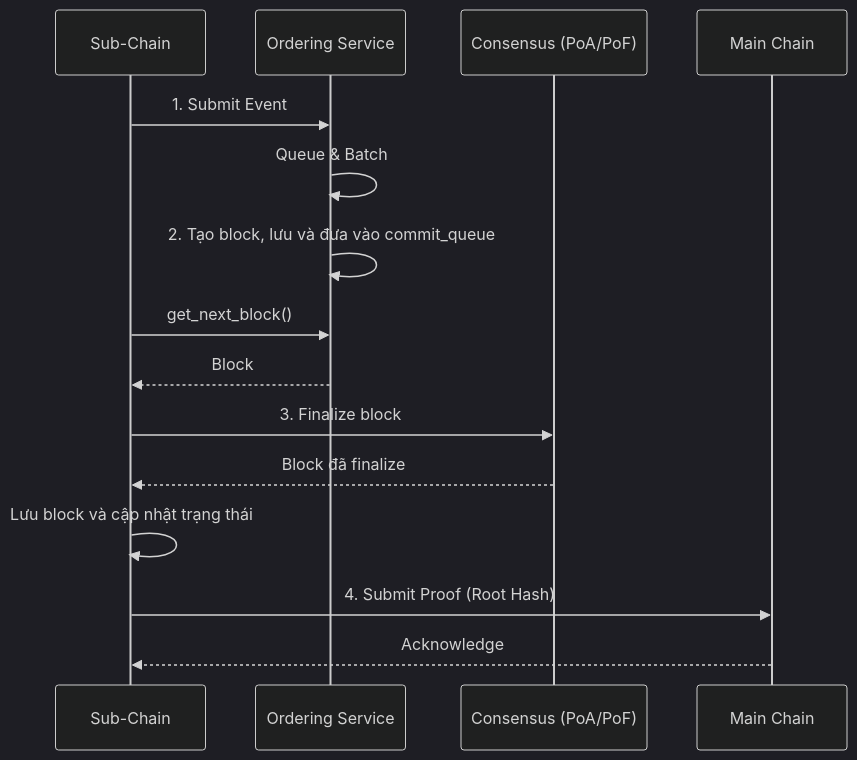
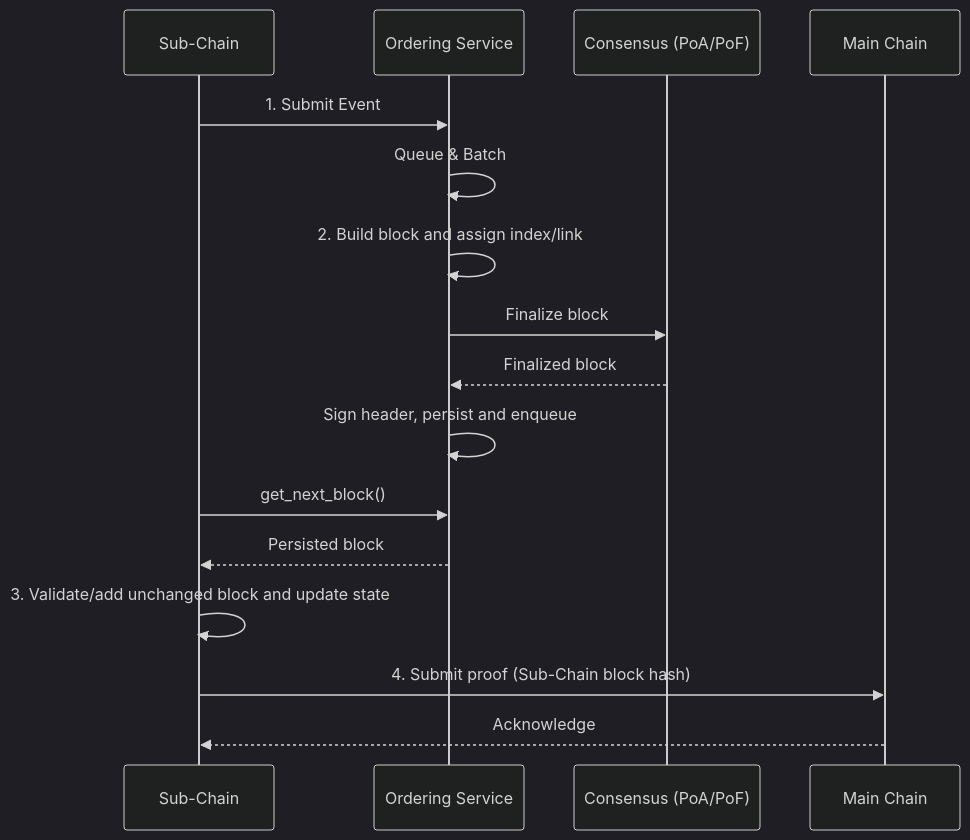
One commit to VanDung-dev/HieraChain changed the diagram in docs/vi/architecture/consensus.md. Above: the diagram before and after it, drawn with Mermaid (dark theme). The commit also changed other lines of this file and 158 other files, not shown here.

````diff
--- a/docs/vi/architecture/consensus.md
+++ b/docs/vi/architecture/consensus.md
@@ -23,18 +23,19 @@
 ```mermaid
 sequenceDiagram
     participant SC as Sub-Chain
     participant OS as Ordering Service
     participant C as Consensus (PoA/PoF)
     participant MC as Main Chain
 
     SC->>OS: 1. Submit Event
     OS->>OS: Queue & Batch
-    OS->>OS: 2. Tạo block, lưu và đưa vào commit_queue
+    OS->>OS: 2. Build block and assign index/link
+    OS->>C: Finalize block
+    C-->>OS: Finalized block
+    OS->>OS: Sign header, persist and enqueue
     SC->>OS: get_next_block()
-    OS-->>SC: Block
-    SC->>C: 3. Finalize block
-    C-->>SC: Block đã finalize
-    SC->>SC: Lưu block và cập nhật trạng thái
-    SC->>MC: 4. Submit Proof (Root Hash)
+    OS-->>SC: Persisted block
+    SC->>SC: 3. Validate/add unchanged block and update state
+    SC->>MC: 4. Submit proof (Sub-Chain block hash)
     MC-->>SC: Acknowledge
 ```
````
